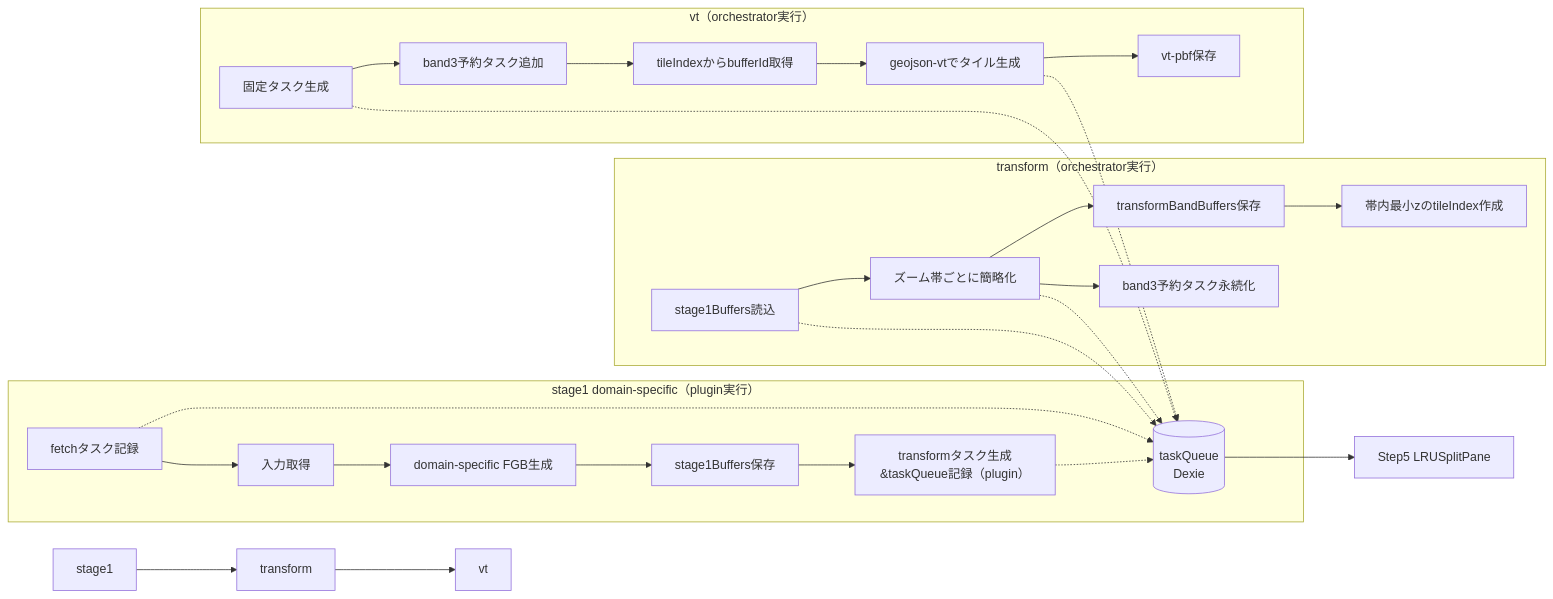
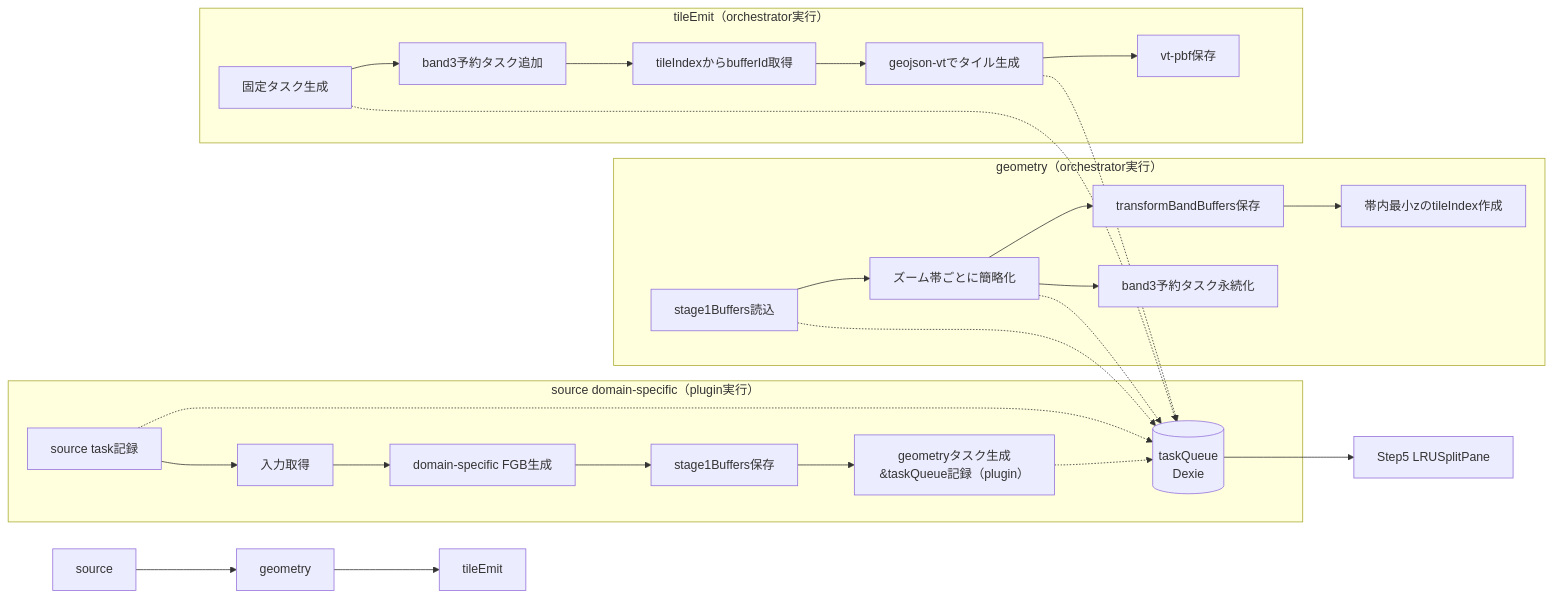
The diagram in docs/vt-pipeline-design.md (kubohiroya/hierarchidb), drawn with Mermaid before and after one commit. The commit also changed other lines of this file and 1 other file, not shown here.

Commit message:
docs(vt): align canonical stage vocabulary (#1246)

````diff
--- a/docs/vt-pipeline-design.md
+++ b/docs/vt-pipeline-design.md
@@ -150,34 +165,34 @@
 ```mermaid
 flowchart LR
-  A[stage1] --> B[transform]
-  B --> C[vt]
+  A[source] --> B[geometry]
+  B --> C[tileEmit]
   Q[(taskQueue\nDexie)] --> UI[Step5 LRUSplitPane]
 
-  subgraph A1[stage1 domain-specific（plugin実行）]
-    A10[fetchタスク記録] -.-> Q
+  subgraph A1[source domain-specific（plugin実行）]
+    A10[source task記録] -.-> Q
     A10 --> A11[入力取得]
     A11 --> A12[domain-specific FGB生成]
     A12 --> A13[stage1Buffers保存]
-    A13 --> A14[transformタスク生成&taskQueue記録（plugin）]
+    A13 --> A14[geometryタスク生成&taskQueue記録（plugin）]
     A14 -.-> Q
   end
 
-  subgraph B1[transform（orchestrator実行）]
+  subgraph B1[geometry（orchestrator実行）]
     B11[stage1Buffers読込]
     B11 --> B12[ズーム帯ごとに簡略化]
     B12 --> B13[transformBandBuffers保存]
     B13 --> B14[帯内最小zのtileIndex作成]
     B12 --> B15[band3予約タスク永続化]
     B11 -.-> Q
     B12 -.-> Q
   end
 
-  subgraph C1[vt（orchestrator実行）]
+  subgraph C1[tileEmit（orchestrator実行）]
     C11[固定タスク生成] --> C12[band3予約タスク追加]
     C12 --> C13[tileIndexからbufferId取得]
     C13 --> C14[geojson-vtでタイル生成]
     C14 --> C15[vt-pbf保存]
     C11 -.-> Q
     C14 -.-> Q
   end
 ```
````
